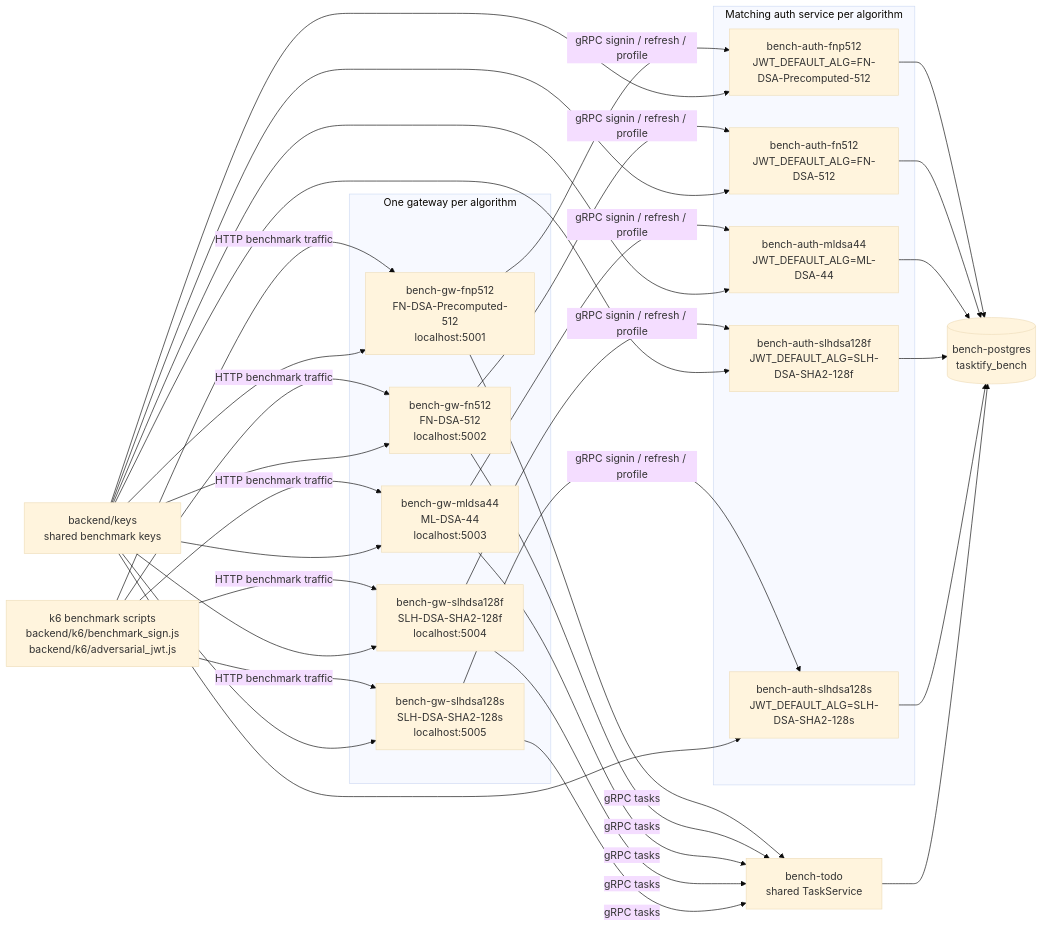
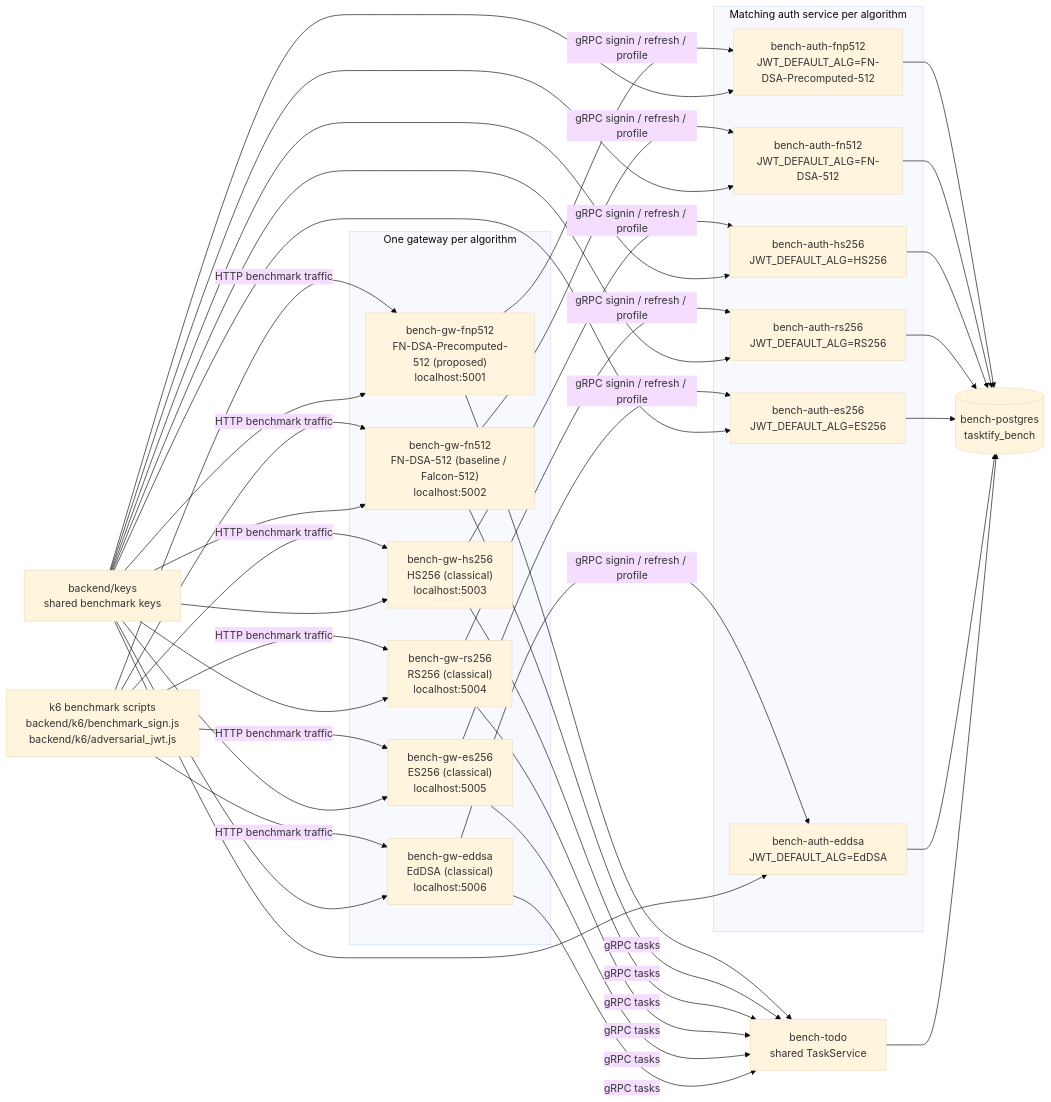
One commit to ridwanmuh3/tasktify changed the fifth of 8 diagrams in docs/research-system-architecture.md. Above: the diagram before and after it, drawn with Mermaid (base theme). The commit also changed other lines of this file and 14 other files, not shown here.

````diff
--- a/docs/research-system-architecture.md
+++ b/docs/research-system-architecture.md
@@ -284,60 +284,68 @@
 ```mermaid
 flowchart LR
   k6["k6 benchmark scripts<br/>backend/k6/benchmark_sign.js<br/>backend/k6/adversarial_jwt.js"]
 
   subgraph gateways["One gateway per algorithm"]
-    gw1["bench-gw-fnp512<br/>FN-DSA-Precomputed-512<br/>localhost:5001"]
-    gw2["bench-gw-fn512<br/>FN-DSA-512<br/>localhost:5002"]
-    gw3["bench-gw-mldsa44<br/>ML-DSA-44<br/>localhost:5003"]
-    gw4["bench-gw-slhdsa128f<br/>SLH-DSA-SHA2-128f<br/>localhost:5004"]
-    gw5["bench-gw-slhdsa128s<br/>SLH-DSA-SHA2-128s<br/>localhost:5005"]
+    gw1["bench-gw-fnp512<br/>FN-DSA-Precomputed-512 (proposed)<br/>localhost:5001"]
+    gw2["bench-gw-fn512<br/>FN-DSA-512 (baseline / Falcon-512)<br/>localhost:5002"]
+    gw3["bench-gw-hs256<br/>HS256 (classical)<br/>localhost:5003"]
+    gw4["bench-gw-rs256<br/>RS256 (classical)<br/>localhost:5004"]
+    gw5["bench-gw-es256<br/>ES256 (classical)<br/>localhost:5005"]
+    gw6["bench-gw-eddsa<br/>EdDSA (classical)<br/>localhost:5006"]
   end
 
   subgraph auth_pairs["Matching auth service per algorithm"]
     a1["bench-auth-fnp512<br/>JWT_DEFAULT_ALG=FN-DSA-Precomputed-512"]
     a2["bench-auth-fn512<br/>JWT_DEFAULT_ALG=FN-DSA-512"]
-    a3["bench-auth-mldsa44<br/>JWT_DEFAULT_ALG=ML-DSA-44"]
-    a4["bench-auth-slhdsa128f<br/>JWT_DEFAULT_ALG=SLH-DSA-SHA2-128f"]
-    a5["bench-auth-slhdsa128s<br/>JWT_DEFAULT_ALG=SLH-DSA-SHA2-128s"]
+    a3["bench-auth-hs256<br/>JWT_DEFAULT_ALG=HS256"]
+    a4["bench-auth-rs256<br/>JWT_DEFAULT_ALG=RS256"]
+    a5["bench-auth-es256<br/>JWT_DEFAULT_ALG=ES256"]
+    a6["bench-auth-eddsa<br/>JWT_DEFAULT_ALG=EdDSA"]
   end
 
   bench_todo["bench-todo<br/>shared TaskService"]
   bench_db[("bench-postgres<br/>tasktify_bench")]
   bench_keys["backend/keys<br/>shared benchmark keys"]
 
   k6 -->|"HTTP benchmark traffic"| gw1
   k6 -->|"HTTP benchmark traffic"| gw2
   k6 -->|"HTTP benchmark traffic"| gw3
   k6 -->|"HTTP benchmark traffic"| gw4
   k6 -->|"HTTP benchmark traffic"| gw5
+  k6 -->|"HTTP benchmark traffic"| gw6
 
   gw1 -->|"gRPC signin / refresh / profile"| a1
   gw2 -->|"gRPC signin / refresh / profile"| a2
   gw3 -->|"gRPC signin / refresh / profile"| a3
   gw4 -->|"gRPC signin / refresh / profile"| a4
   gw5 -->|"gRPC signin / refresh / profile"| a5
+  gw6 -->|"gRPC signin / refresh / profile"| a6
 
   gw1 -->|"gRPC tasks"| bench_todo
   gw2 -->|"gRPC tasks"| bench_todo
   gw3 -->|"gRPC tasks"| bench_todo
   gw4 -->|"gRPC tasks"| bench_todo
   gw5 -->|"gRPC tasks"| bench_todo
+  gw6 -->|"gRPC tasks"| bench_todo
 
   a1 --> bench_db
   a2 --> bench_db
   a3 --> bench_db
   a4 --> bench_db
   a5 --> bench_db
+  a6 --> bench_db
   bench_todo --> bench_db
 
   bench_keys --> gw1
   bench_keys --> gw2
   bench_keys --> gw3
   bench_keys --> gw4
   bench_keys --> gw5
+  bench_keys --> gw6
   bench_keys --> a1
   bench_keys --> a2
   bench_keys --> a3
   bench_keys --> a4
   bench_keys --> a5
+  bench_keys --> a6
 ```
````
